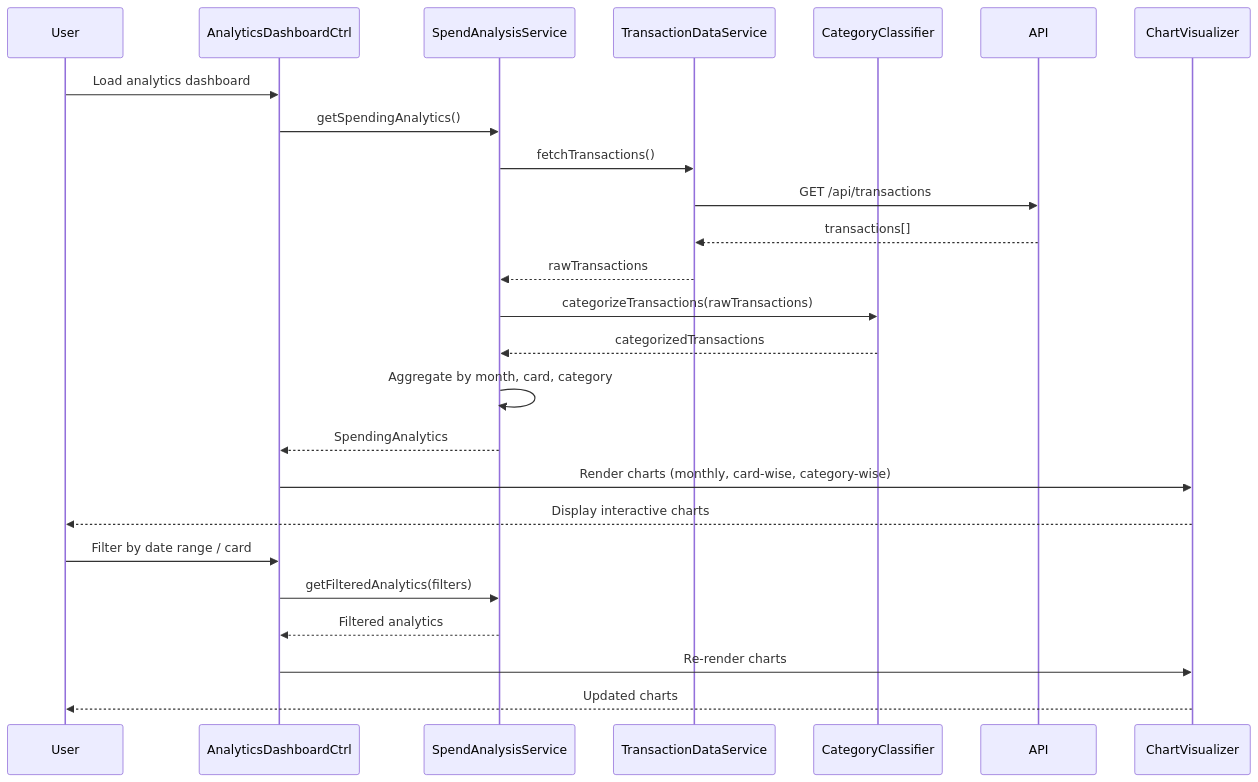
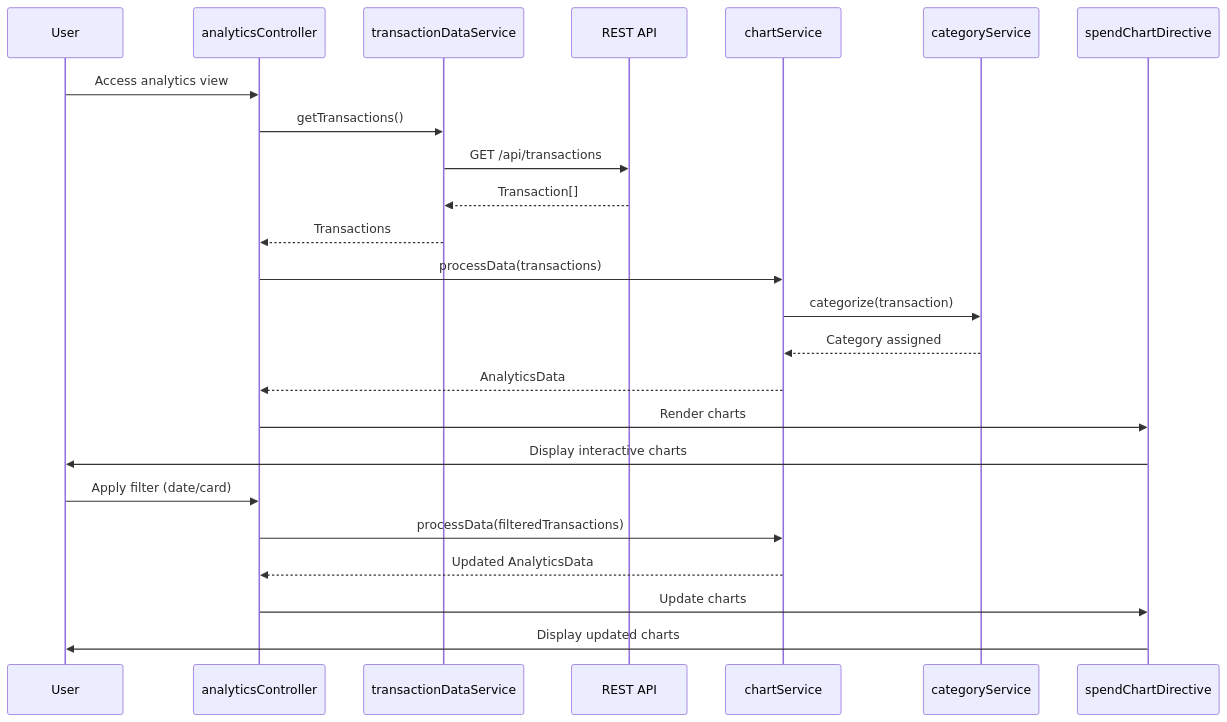
The diagram in LLD/QE-7737_LLD.md (AAVA-Demo/APB_Demo), drawn with Mermaid before and after one commit. The commit also changed other lines of this file and 5 other files, not shown here.

````diff
--- a/LLD/QE-7737_LLD.md
+++ b/LLD/QE-7737_LLD.md
@@ -98,28 +65,27 @@
 ```mermaid
 sequenceDiagram
     participant User
-    participant AnalyticsDashboardCtrl
-    participant SpendAnalysisService
-    participant TransactionDataService
-    participant CategoryClassifier
-    participant API
-    participant ChartVisualizer
-    
-    User->>AnalyticsDashboardCtrl: Load analytics dashboard
-    AnalyticsDashboardCtrl->>SpendAnalysisService: getSpendingAnalytics()
-    SpendAnalysisService->>TransactionDataService: fetchTransactions()
-    TransactionDataService->>API: GET /api/transactions
-    API-->>TransactionDataService: transactions[]
-    TransactionDataService-->>SpendAnalysisService: rawTransactions
-    SpendAnalysisService->>CategoryClassifier: categorizeTransactions(rawTransactions)
-    CategoryClassifier-->>SpendAnalysisService: categorizedTransactions
-    SpendAnalysisService->>SpendAnalysisService: Aggregate by month, card, category
-    SpendAnalysisService-->>AnalyticsDashboardCtrl: SpendingAnalytics
-    AnalyticsDashboardCtrl->>ChartVisualizer: Render charts (monthly, card-wise, category-wise)
-    ChartVisualizer-->>User: Display interactive charts
-    User->>AnalyticsDashboardCtrl: Filter by date range / card
-    AnalyticsDashboardCtrl->>SpendAnalysisService: getFilteredAnalytics(filters)
-    SpendAnalysisService-->>AnalyticsDashboardCtrl: Filtered analytics
-    AnalyticsDashboardCtrl->>ChartVisualizer: Re-render charts
-    ChartVisualizer-->>User: Updated charts
+    participant analyticsController
+    participant transactionDataService
+    participant REST API
+    participant chartService
+    participant categoryService
+    participant spendChartDirective
+
+    User->>analyticsController: Access analytics view
+    analyticsController->>transactionDataService: getTransactions()
+    transactionDataService->>REST API: GET /api/transactions
+    REST API-->>transactionDataService: Transaction[]
+    transactionDataService-->>analyticsController: Transactions
+    analyticsController->>chartService: processData(transactions)
+    chartService->>categoryService: categorize(transaction)
+    categoryService-->>chartService: Category assigned
+    chartService-->>analyticsController: AnalyticsData
+    analyticsController->>spendChartDirective: Render charts
+    spendChartDirective->>User: Display interactive charts
+    User->>analyticsController: Apply filter (date/card)
+    analyticsController->>chartService: processData(filteredTransactions)
+    chartService-->>analyticsController: Updated AnalyticsData
+    analyticsController->>spendChartDirective: Update charts
+    spendChartDirective->>User: Display updated charts
 ```
````
